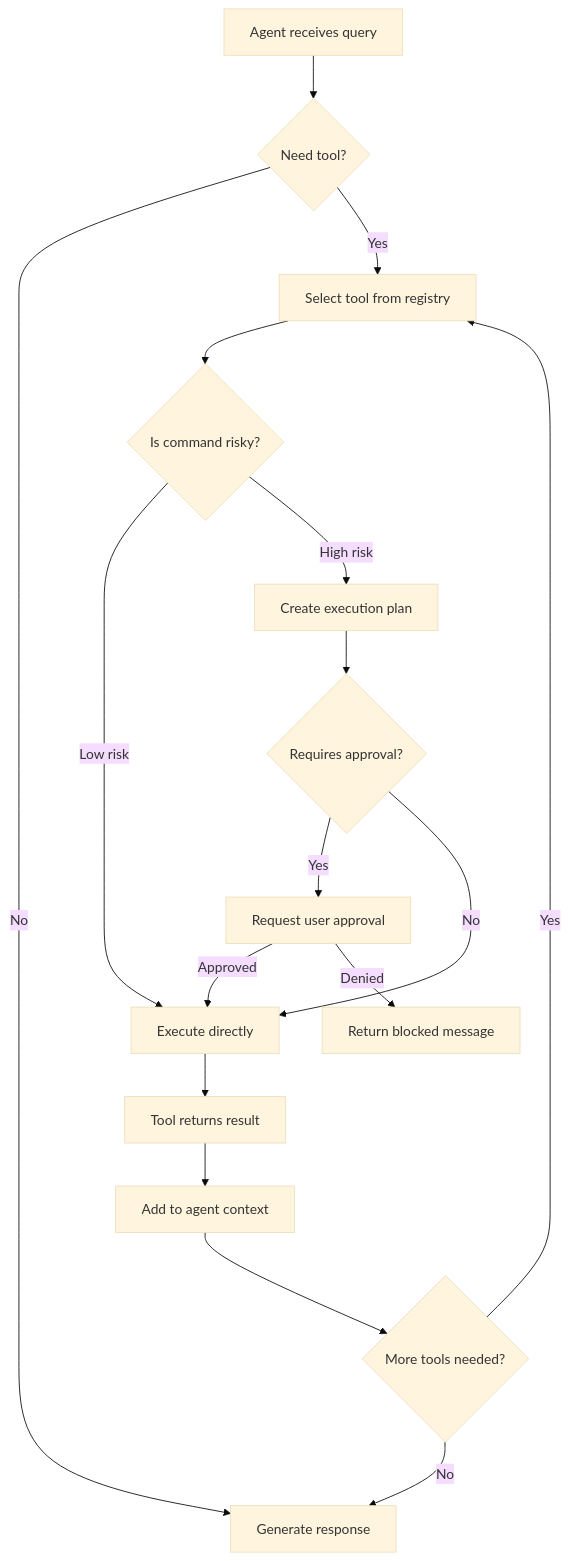
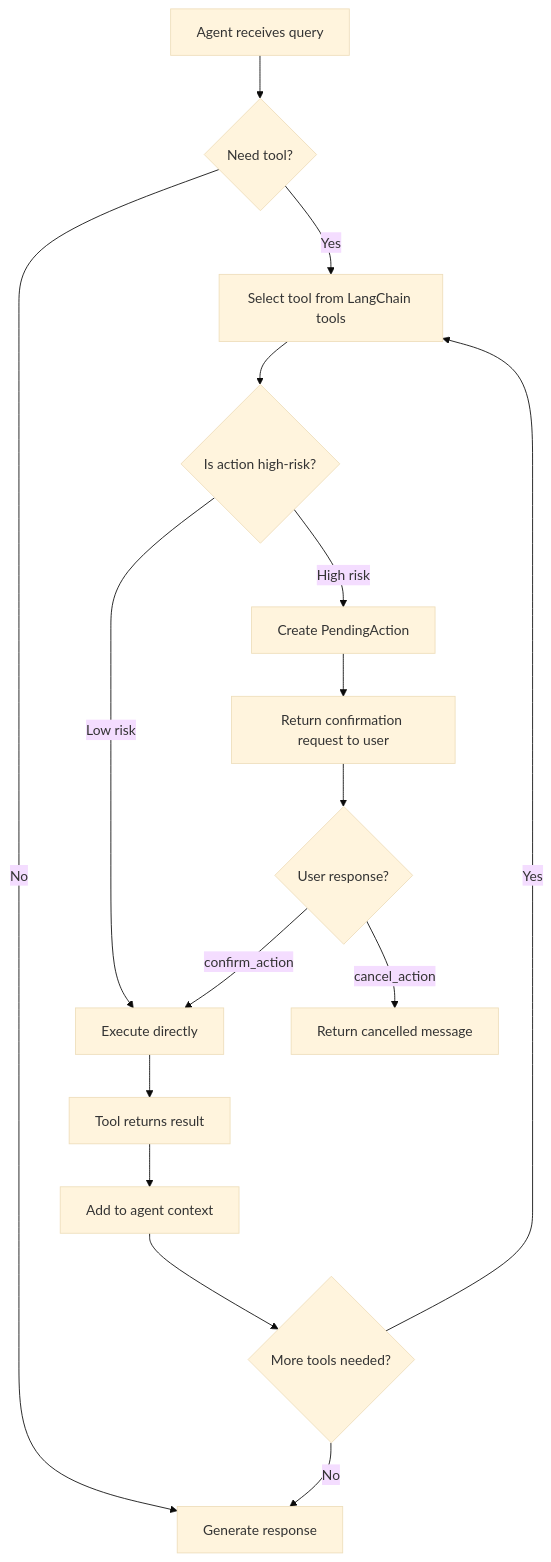
The fourth of 9 diagrams in README.md (IndraSugara/AgenticNet), drawn with Mermaid (base theme) before and after one commit. The commit also changed other lines of this file and 6 other files, not shown here.

````diff
--- a/README.md
+++ b/README.md
@@ -521,19 +676,18 @@
 ```mermaid
 flowchart TD
     A[Agent receives query] --> B{Need tool?}
     B -->|No| C[Generate response]
-    B -->|Yes| D[Select tool from registry]
-    D --> E{Is command risky?}
+    B -->|Yes| D[Select tool from LangChain tools]
+    D --> E{Is action high-risk?}
     E -->|Low risk| F[Execute directly]
-    E -->|High risk| G[Create execution plan]
-    G --> H{Requires approval?}
-    H -->|Yes| I[Request user approval]
-    I -->|Approved| F
-    I -->|Denied| J[Return blocked message]
-    H -->|No| F
+    E -->|High risk| G[Create PendingAction]
+    G --> H[Return confirmation request to user]
+    H --> I{User response?}
+    I -->|confirm_action| F
+    I -->|cancel_action| J[Return cancelled message]
     F --> K[Tool returns result]
     K --> L[Add to agent context]
     L --> M{More tools needed?}
     M -->|Yes| D
     M -->|No| C
 ```
````
